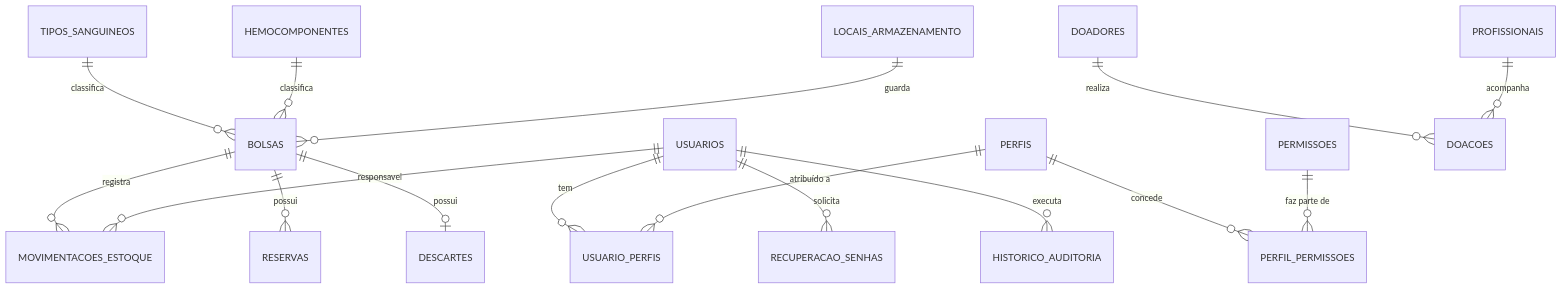
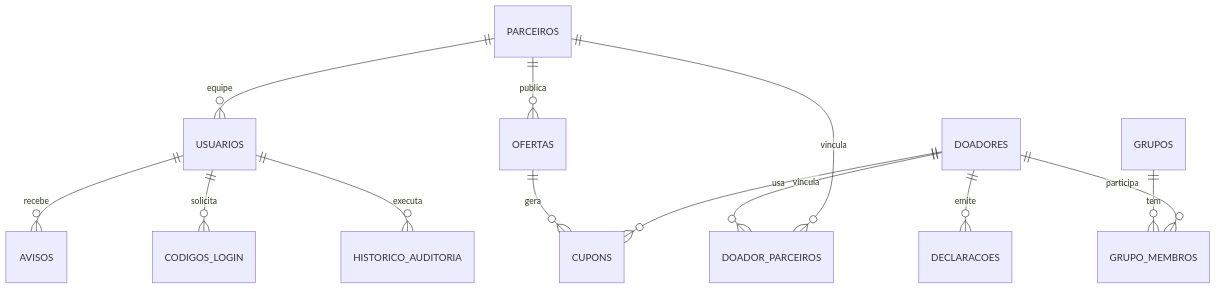
The second of 2 diagrams in docs/banco-de-dados.md (josekayke009-boop/hemoflow), drawn with Mermaid before and after one commit. The commit also changed other lines of this file and 17 other files, not shown here.

````diff
--- a/docs/banco-de-dados.md
+++ b/docs/banco-de-dados.md
@@ -7,18 +30,15 @@
 ```mermaid
 erDiagram
-    USUARIOS ||--o{ USUARIO_PERFIS : tem
-    PERFIS ||--o{ USUARIO_PERFIS : "atribuído a"
-    PERFIS ||--o{ PERFIL_PERMISSOES : concede
-    PERMISSOES ||--o{ PERFIL_PERMISSOES : "faz parte de"
-    TIPOS_SANGUINEOS ||--o{ BOLSAS : classifica
-    HEMOCOMPONENTES ||--o{ BOLSAS : classifica
-    LOCAIS_ARMAZENAMENTO ||--o{ BOLSAS : guarda
-    BOLSAS ||--o{ MOVIMENTACOES_ESTOQUE : registra
-    BOLSAS ||--o{ RESERVAS : possui
-    BOLSAS ||--o| DESCARTES : possui
-    USUARIOS ||--o{ MOVIMENTACOES_ESTOQUE : responsavel
-    DOADORES ||--o{ DOACOES : realiza
-    PROFISSIONAIS ||--o{ DOACOES : acompanha
-    USUARIOS ||--o{ RECUPERACAO_SENHAS : solicita
+    PARCEIROS ||--o{ USUARIOS : equipe
+    PARCEIROS ||--o{ OFERTAS : publica
+    OFERTAS ||--o{ CUPONS : gera
+    DOADORES ||--o{ CUPONS : usa
+    DOADORES ||--o{ DOADOR_PARCEIROS : vincula
+    PARCEIROS ||--o{ DOADOR_PARCEIROS : vincula
+    DOADORES ||--o{ DECLARACOES : emite
+    GRUPOS ||--o{ GRUPO_MEMBROS : tem
+    DOADORES ||--o{ GRUPO_MEMBROS : participa
+    USUARIOS ||--o{ AVISOS : recebe
+    USUARIOS ||--o{ CODIGOS_LOGIN : solicita
     USUARIOS ||--o{ HISTORICO_AUDITORIA : executa
 ```
````
